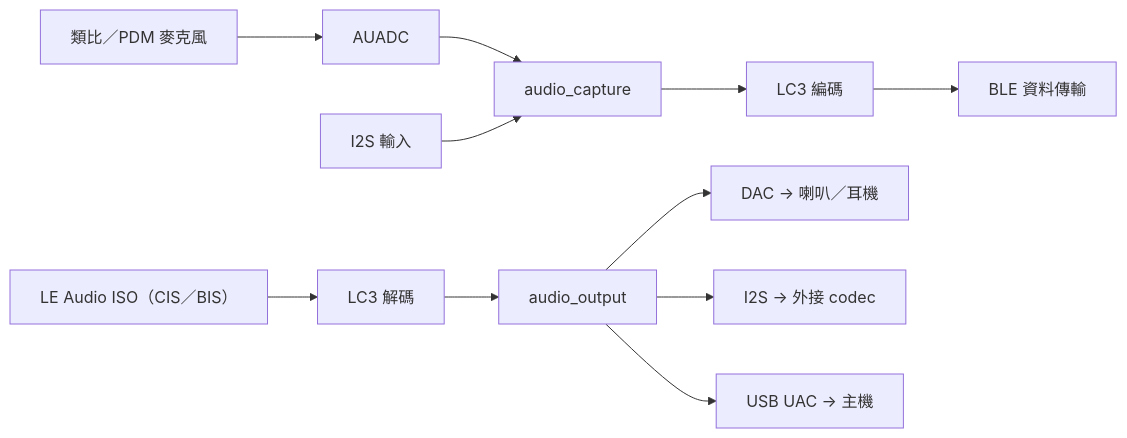
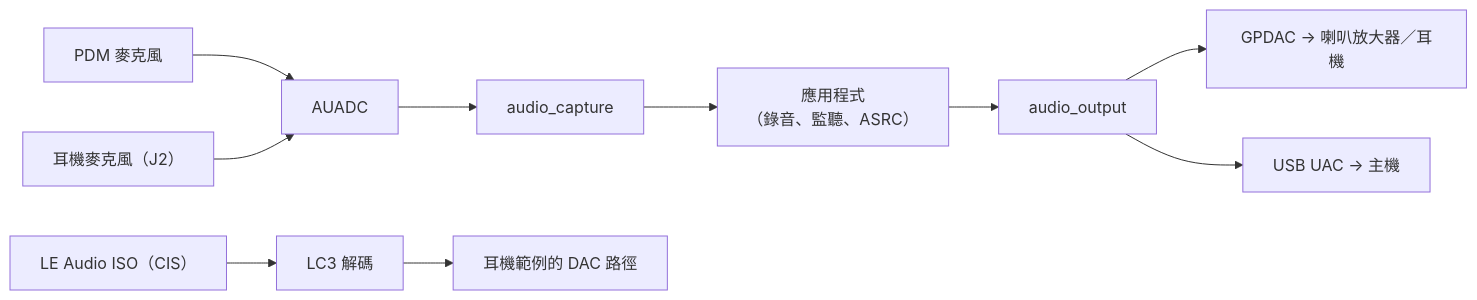
One commit to INTELPRO-INC/ipro-sdk-docs changed the first of 2 diagrams in docs/zh/guides/audio.md. Above: the diagram before and after it, drawn with Mermaid. The commit also changed other lines of this file and 182 other files, not shown here.

````diff
--- a/docs/zh/guides/audio.md
+++ b/docs/zh/guides/audio.md
@@ -28,10 +28,11 @@
 ```mermaid
 flowchart LR
-  MIC["類比／PDM 麥克風"] --> AUADC["AUADC"] --> CAP["audio_capture"]
-  I2SIN["I2S 輸入"] --> CAP
-  CAP --> ENC["LC3 編碼"] --> NUS["BLE 資料傳輸"]
-  ISO["LE Audio ISO（CIS／BIS）"] --> DEC["LC3 解碼"] --> OUT["audio_output"]
-  OUT --> DAC["DAC → 喇叭／耳機"]
-  OUT --> I2SOUT["I2S → 外接 codec"]
+  PDM["PDM 麥克風"] --> AUADC["AUADC"]
+  HS["耳機麥克風（J2）"] --> AUADC
+  AUADC --> CAP["audio_capture"]
+  CAP --> APP["應用程式<br/>（錄音、監聽、ASRC）"]
+  APP --> OUT["audio_output"]
+  OUT --> DAC["GPDAC → 喇叭放大器／耳機"]
   OUT --> UAC["USB UAC → 主機"]
+  ISO["LE Audio ISO（CIS）"] --> DEC["LC3 解碼"] --> HDAC["耳機範例的 DAC 路徑"]
 ```
````
